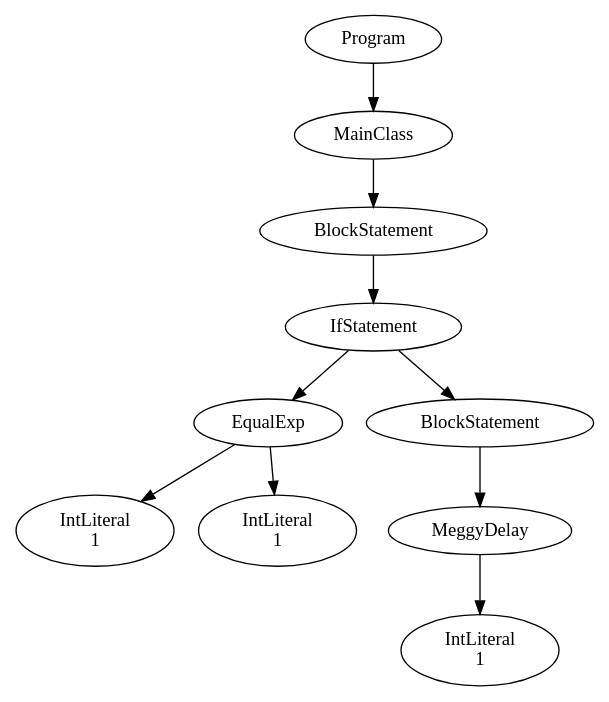
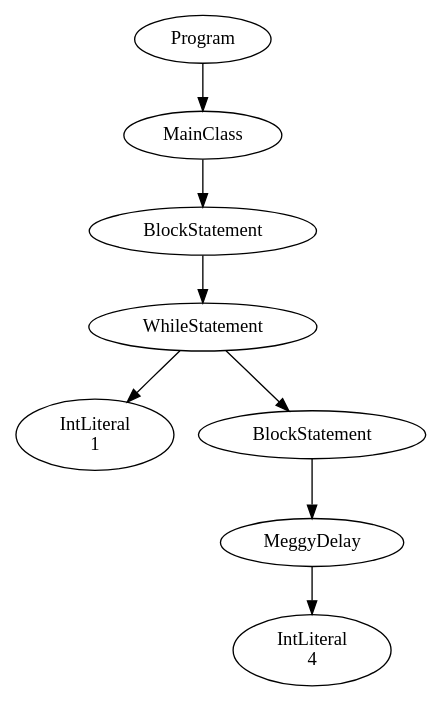
One commit to Ajith20/MeggyJava-compiler changed the diagram in PA3/PA3Test1.java.ast.dot. Above: the diagram before and after it, drawn with Graphviz. The commit also changed 8 other files, not shown here.

```diff
--- a/PA3/PA3Test1.java.ast.dot
+++ b/PA3/PA3Test1.java.ast.dot
@@ -1,21 +1,17 @@
 digraph ASTGraph {
 0 [ label="Program" ];
 1 [ label="MainClass" ];
 0 -> 1
 2 [ label="BlockStatement" ];
 1 -> 2
-3 [ label="IfStatement" ];
+3 [ label="WhileStatement" ];
 2 -> 3
-4 [ label="EqualExp" ];
+4 [ label="IntLiteral\n1" ];
 3 -> 4
-5 [ label="IntLiteral\n1" ];
-4 -> 5
-6 [ label="IntLiteral\n1" ];
-4 -> 6
-7 [ label="BlockStatement" ];
-3 -> 7
-8 [ label="MeggyDelay" ];
-7 -> 8
-9 [ label="IntLiteral\n1" ];
-8 -> 9
+5 [ label="BlockStatement" ];
+3 -> 5
+6 [ label="MeggyDelay" ];
+5 -> 6
+7 [ label="IntLiteral\n4" ];
+6 -> 7
 }
```
